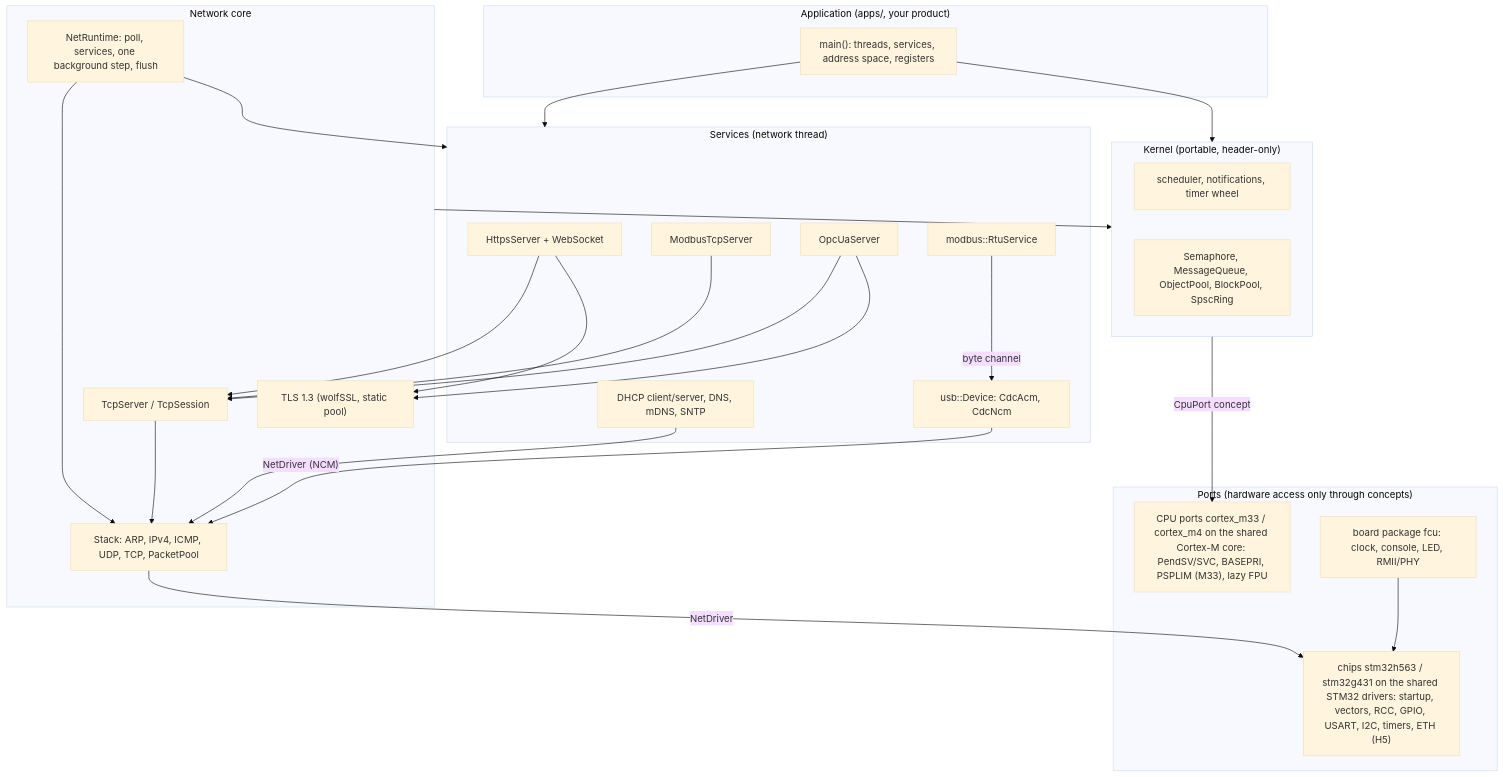
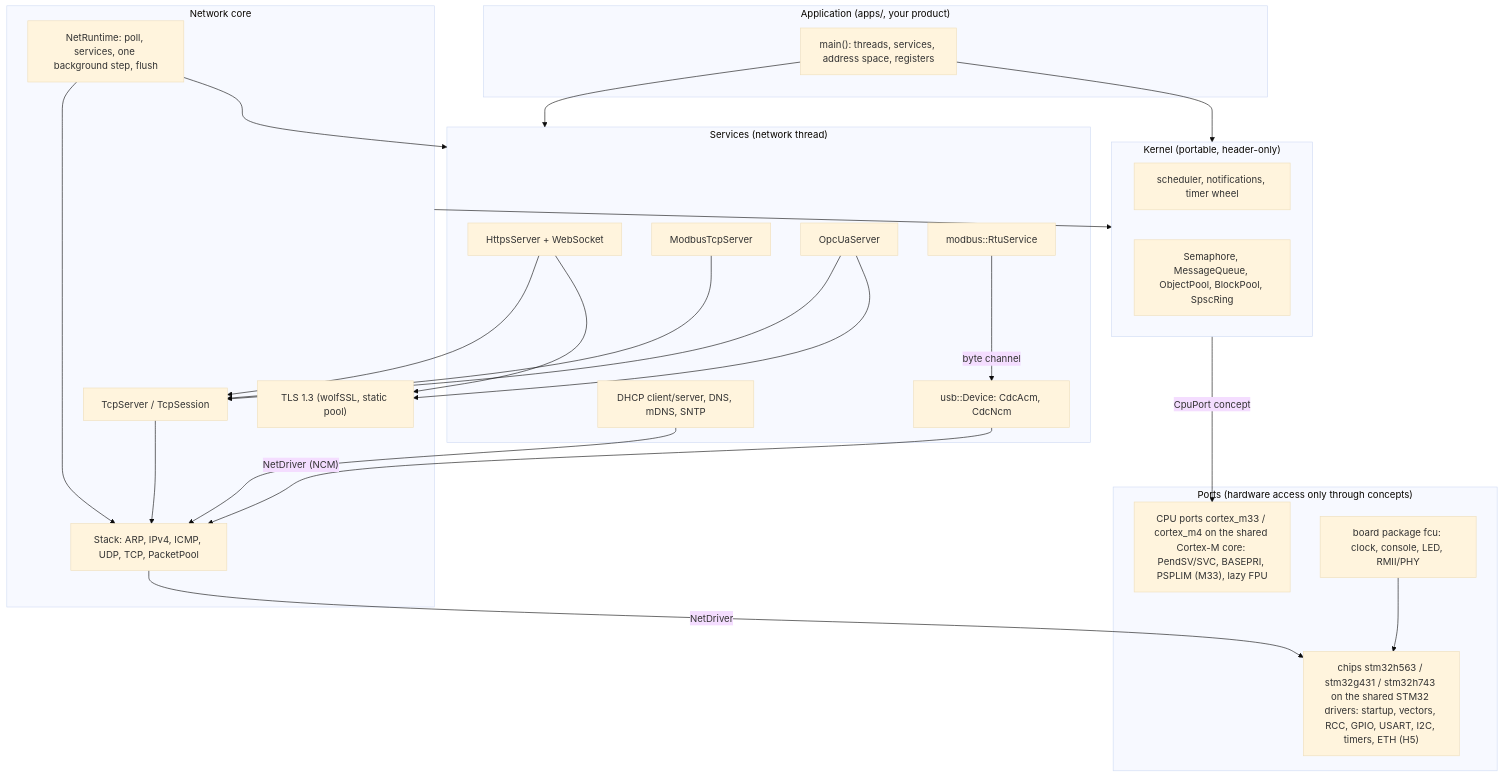
Before and after one commit to klaus-liebler/rtoos: the first of 2 diagrams in docs/architecture.md, drawn with Mermaid (base theme). The commit also changed other lines of this file and 39 other files, not shown here.

````diff
--- a/docs/architecture.md
+++ b/docs/architecture.md
@@ -7,47 +7,47 @@
 ```mermaid
 flowchart TB
     subgraph App["Application (apps/, your product)"]
         main["main(): threads, services, address space, registers"]
     end
     subgraph Services["Services (network thread)"]
         https["HttpsServer + WebSocket"]
         modbus["ModbusTcpServer"]
         opcua["OpcUaServer"]
         infra["DHCP client/server, DNS, mDNS, SNTP"]
         usbdev["usb::Device: CdcAcm, CdcNcm"]
         rtu["modbus::RtuService"]
     end
     subgraph Net["Network core"]
         runtime["NetRuntime: poll, services, one background step, flush"]
         tcpserver["TcpServer / TcpSession"]
         stack["Stack: ARP, IPv4, ICMP, UDP, TCP, PacketPool"]
         tls["TLS 1.3 (wolfSSL, static pool)"]
     end
     subgraph Kernel["Kernel (portable, header-only)"]
         sched["scheduler, notifications, timer wheel"]
         sync["Semaphore, MessageQueue, ObjectPool, BlockPool, SpscRing"]
     end
     subgraph Port["Ports (hardware access only through concepts)"]
         cm33["CPU ports cortex_m33 / cortex_m4 on the shared Cortex-M core: PendSV/SVC, BASEPRI, PSPLIM (M33), lazy FPU"]
-        chip["chips stm32h563 / stm32g431 on the shared STM32 drivers: startup, vectors, RCC, GPIO, USART, I2C, timers, ETH (H5)"]
+        chip["chips stm32h563 / stm32g431 / stm32h743 on the shared STM32 drivers: startup, vectors, RCC, GPIO, USART, I2C, timers, ETH (H5)"]
         board["board package fcu: clock, console, LED, RMII/PHY"]
     end
 
     main --> Services
     main --> Kernel
     https --> tcpserver
     modbus --> tcpserver
     opcua --> tcpserver
     https --> tls
     opcua --> tls
     infra --> stack
     tcpserver --> stack
     usbdev -- "NetDriver (NCM)" --> stack
     rtu -- "byte channel" --> usbdev
     runtime --> stack
     runtime --> Services
     stack -- "NetDriver" --> chip
     Net --> Kernel
     Kernel -- "CpuPort concept" --> cm33
     board --> chip
 ```
````
